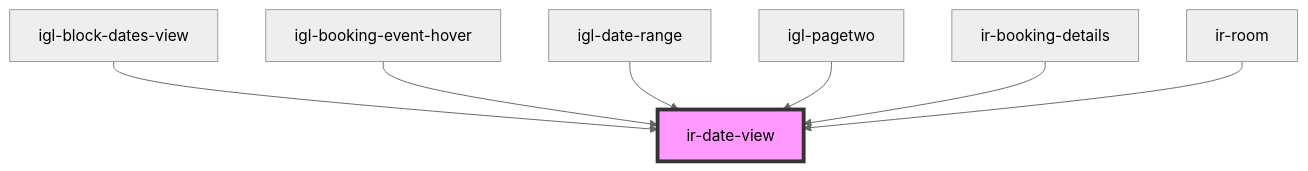
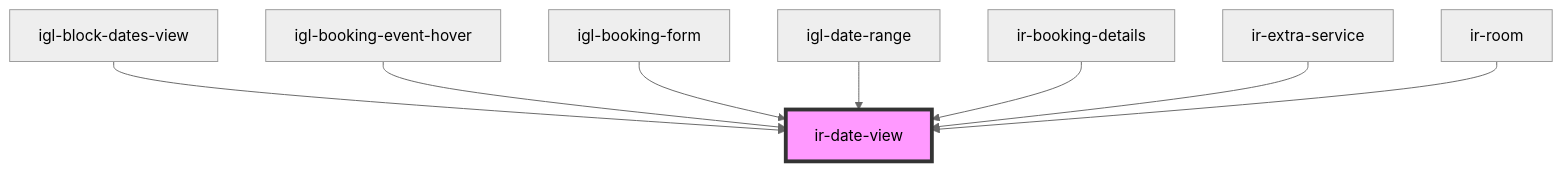
One commit to David1Chowaifaty/modified-ir-webcmp changed the diagram in src/components/ir-date-view/readme.md. Above: the diagram before and after it, drawn with Mermaid (neutral theme). The commit also changed other lines of this file and 28 other files, not shown here.

````diff
--- a/src/components/ir-date-view/readme.md
+++ b/src/components/ir-date-view/readme.md
@@ -30,10 +31,11 @@
 ```mermaid
 graph TD;
   igl-block-dates-view --> ir-date-view
   igl-booking-event-hover --> ir-date-view
+  igl-booking-form --> ir-date-view
   igl-date-range --> ir-date-view
-  igl-pagetwo --> ir-date-view
   ir-booking-details --> ir-date-view
+  ir-extra-service --> ir-date-view
   ir-room --> ir-date-view
   style ir-date-view fill:#f9f,stroke:#333,stroke-width:4px
 ```
````
